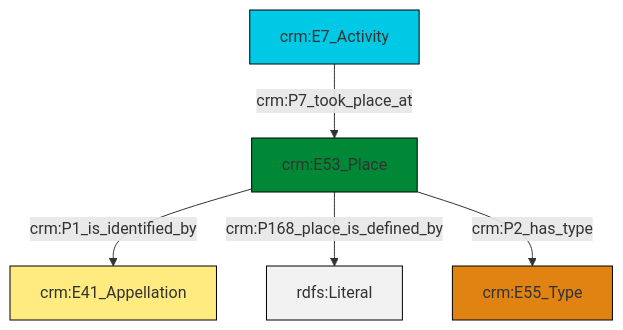
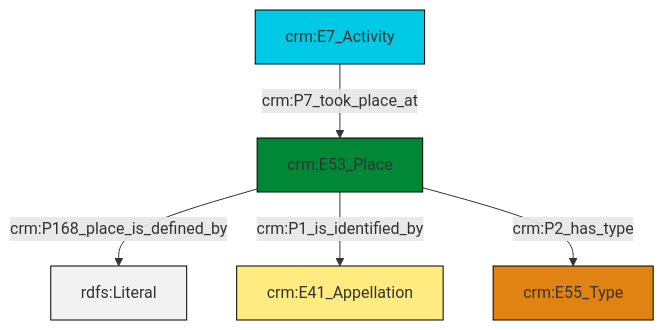
The diagram in et/eventCSV/ttl/mmd/event_location.ttl.mmd (swiss-art-research-net/reference-data-models), drawn with Mermaid before and after one commit. The commit also changed 148 other files, not shown here.

```diff
--- a/et/eventCSV/ttl/mmd/event_location.ttl.mmd
+++ b/et/eventCSV/ttl/mmd/event_location.ttl.mmd
@@ -1,19 +1,19 @@
 graph TD
 classDef Literal fill:#f2f2f2,stroke:#000000;
 classDef CRM_Entity fill:#FFFFFF,stroke:#000000;
 classDef Temporal_Entity fill:#00C9E6, stroke:#000000;
 classDef Type fill:#E18312, stroke:#000000;
 classDef Time-Span fill:#2C9C91, stroke:#000000;
 classDef Appellation fill:#FFEB7F, stroke:#000000;
 classDef Place fill:#008836, stroke:#000000;
 classDef Persistent_Item fill:#B266B2, stroke:#000000;
 classDef Conceptual_Object fill:#FFD700, stroke:#000000;
 classDef Physical_Thing fill:#D2B48C, stroke:#000000;
 classDef Actor fill:#f58aad, stroke:#000000;
 classDef PC_Classes fill:#4ce600, stroke:#000000;
 classDef Multi fill:#cccccc,stroke:#000000;
 
-0["crm:E53_Place"]:::Place -->|crm:P1_is_identified_by| 2["crm:E41_Appellation"]:::Appellation
-3["crm:E7_Activity"]:::Temporal_Entity -->|crm:P7_took_place_at| 0["crm:E53_Place"]:::Place
-0["crm:E53_Place"]:::Place -->|crm:P168_place_is_defined_by| 8[rdfs:Literal]:::Literal
-0["crm:E53_Place"]:::Place -->|crm:P2_has_type| 5["crm:E55_Type"]:::Type
+0["crm:E7_Activity"]:::Temporal_Entity -->|crm:P7_took_place_at| 1["crm:E53_Place"]:::Place
+1["crm:E53_Place"]:::Place -->|crm:P168_place_is_defined_by| 2[rdfs:Literal]:::Literal
+1["crm:E53_Place"]:::Place -->|crm:P1_is_identified_by| 3["crm:E41_Appellation"]:::Appellation
+1["crm:E53_Place"]:::Place -->|crm:P2_has_type| 6["crm:E55_Type"]:::Type
```
